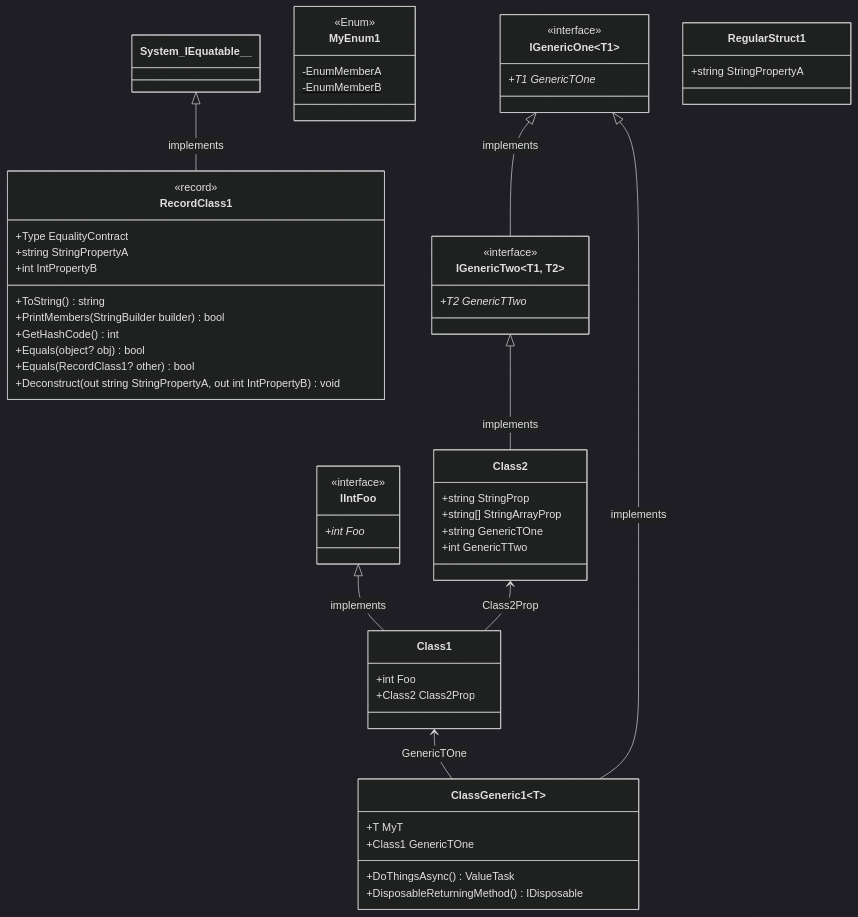
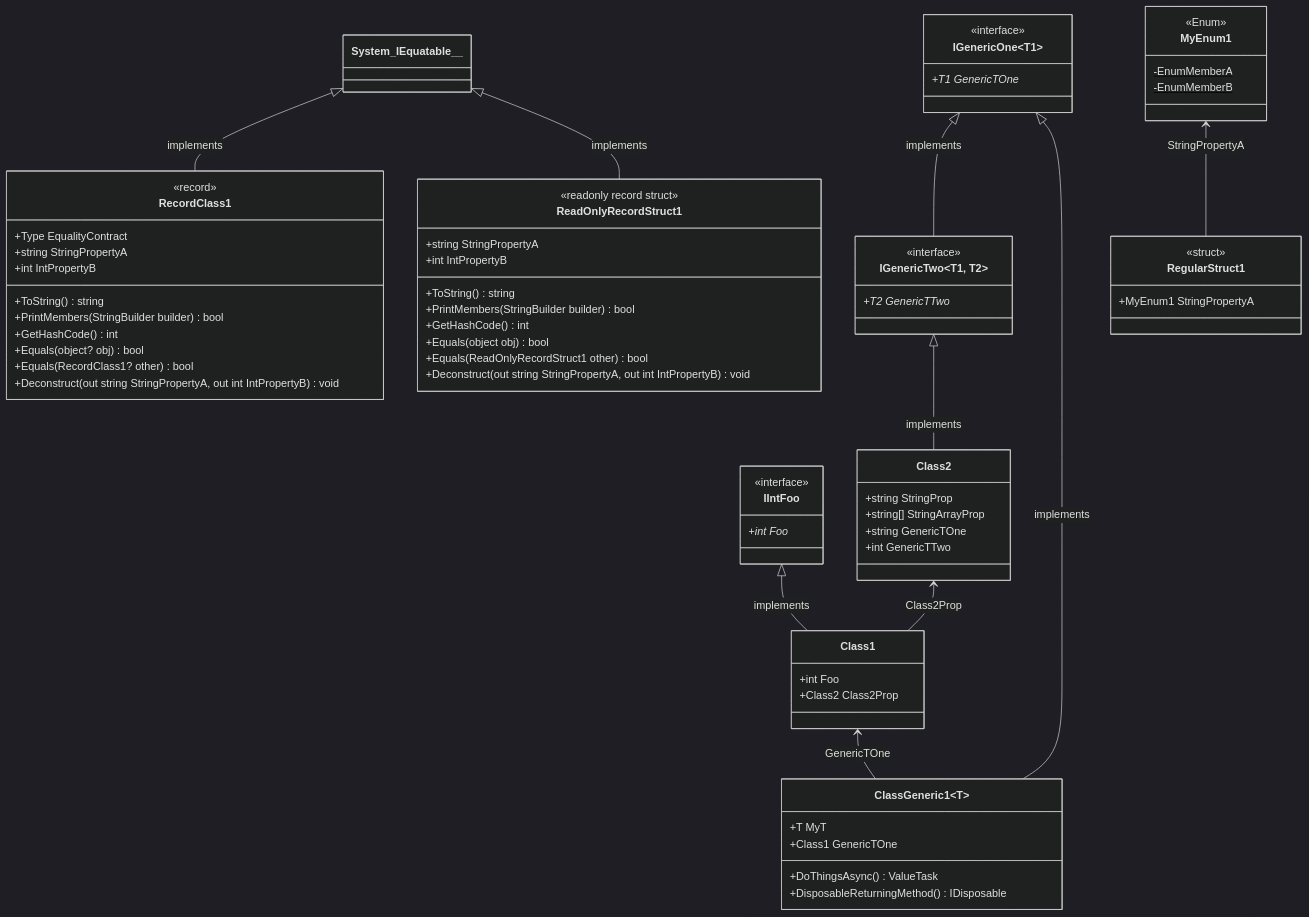
Before and after one commit to erichiller/gh-action-cs-metrics: diagram 11 of 11 in test/SampleProject/CODE_METRICS.md, drawn with Mermaid (dark theme). The commit also changed other lines of this file and 4 other files, not shown here.

Commit message:
Updated packages. Fixes `record struct`. Added more examples

```diff
--- a/test/SampleProject/CODE_METRICS.md
+++ b/test/SampleProject/CODE_METRICS.md
@@ -503,6 +560,19 @@
     -EnumMemberB$
 }
 
+System_IEquatable__ <|-- SomeRoot_SampleProject_ReadOnlyRecordStruct1 : implements
+class SomeRoot_SampleProject_ReadOnlyRecordStruct1 ["ReadOnlyRecordStruct1"] {
+    <<readonly record struct>>
+    +string StringPropertyA
+    +int IntPropertyB
+    +ToString() string
+    +PrintMembers(StringBuilder builder) bool
+    +GetHashCode() int
+    +Equals(object obj) bool
+    +Equals(ReadOnlyRecordStruct1 other) bool
+    +Deconstruct(out string StringPropertyA, out int IntPropertyB) void
+}
+
 System_IEquatable__ <|-- SomeRoot_SampleProject_RecordClass1 : implements
 class SomeRoot_SampleProject_RecordClass1 ["RecordClass1"] {
     <<record>>
@@ -517,8 +587,10 @@
     +Deconstruct(out string StringPropertyA, out int IntPropertyB) void
 }
 
+SomeRoot_SampleProject_MyEnum1 <-- SomeRoot_SampleProject_RegularStruct1 : StringPropertyA
 class SomeRoot_SampleProject_RegularStruct1 ["RegularStruct1"] {
-    +string StringPropertyA
+    <<struct>>
+    +MyEnum1 StringPropertyA
 }
 
 
```
